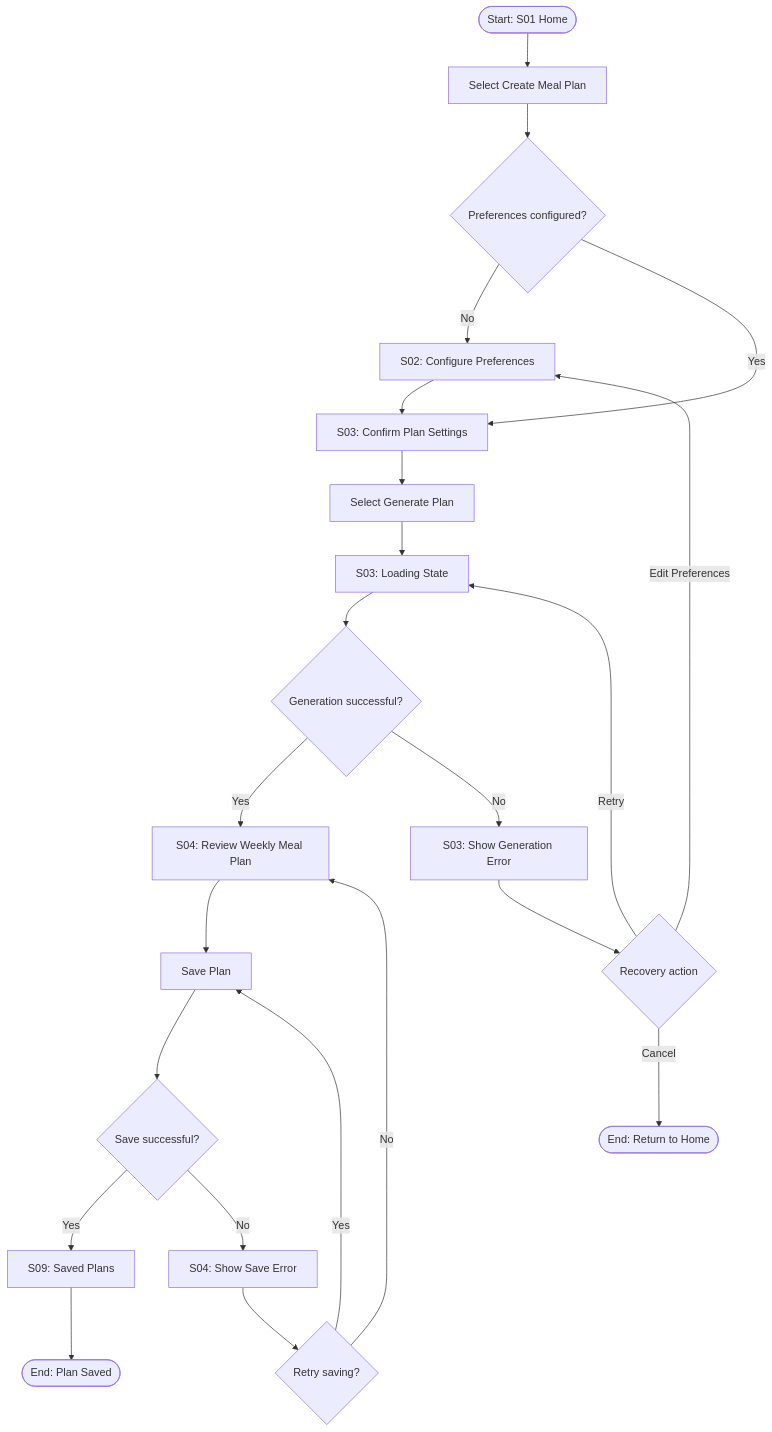
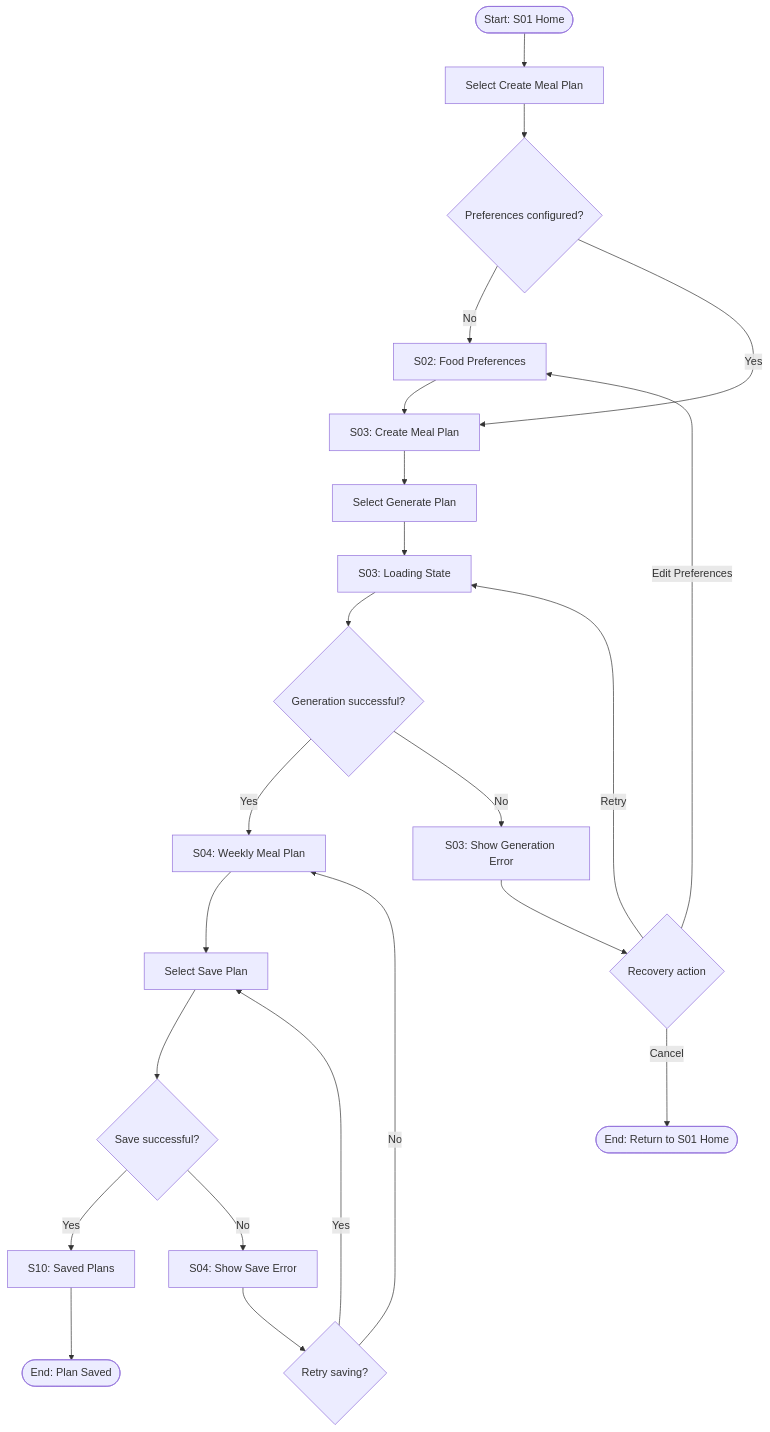
One commit to ruxenb/longvita changed the second of 4 diagrams in ux/user-flow.md. Above: the diagram before and after it, drawn with Mermaid. The commit also changed other lines of this file and 4 other files, not shown here.

Commit message:
docs: sync user flows with screen inventory, add task sequence and stitch assets

````diff
--- a/ux/user-flow.md
+++ b/ux/user-flow.md
@@ -87,31 +96,31 @@
 ```mermaid
 flowchart TD
     A(["Start: S01 Home"]) --> B["Select Create Meal Plan"]
     B --> C{"Preferences configured?"}
 
-    C -- No --> D["S02: Configure Preferences"]
-    D --> E["S03: Confirm Plan Settings"]
+    C -- No --> D["S02: Food Preferences"]
+    D --> E["S03: Create Meal Plan"]
     C -- Yes --> E
 
     E --> F["Select Generate Plan"]
     F --> G["S03: Loading State"]
     G --> H{"Generation successful?"}
 
-    H -- Yes --> I["S04: Review Weekly Meal Plan"]
-    I --> J["Save Plan"]
+    H -- Yes --> I["S04: Weekly Meal Plan"]
+    I --> J["Select Save Plan"]
     J --> K{"Save successful?"}
 
-    K -- Yes --> L["S09: Saved Plans"]
+    K -- Yes --> L["S10: Saved Plans"]
     L --> M(["End: Plan Saved"])
 
     K -- No --> N["S04: Show Save Error"]
     N --> O{"Retry saving?"}
     O -- Yes --> J
     O -- No --> I
 
     H -- No --> P["S03: Show Generation Error"]
     P --> Q{"Recovery action"}
     Q -- Retry --> G
     Q -- Edit Preferences --> D
-    Q -- Cancel --> R(["End: Return to Home"])
+    Q -- Cancel --> R(["End: Return to S01 Home"])
 ```
````
